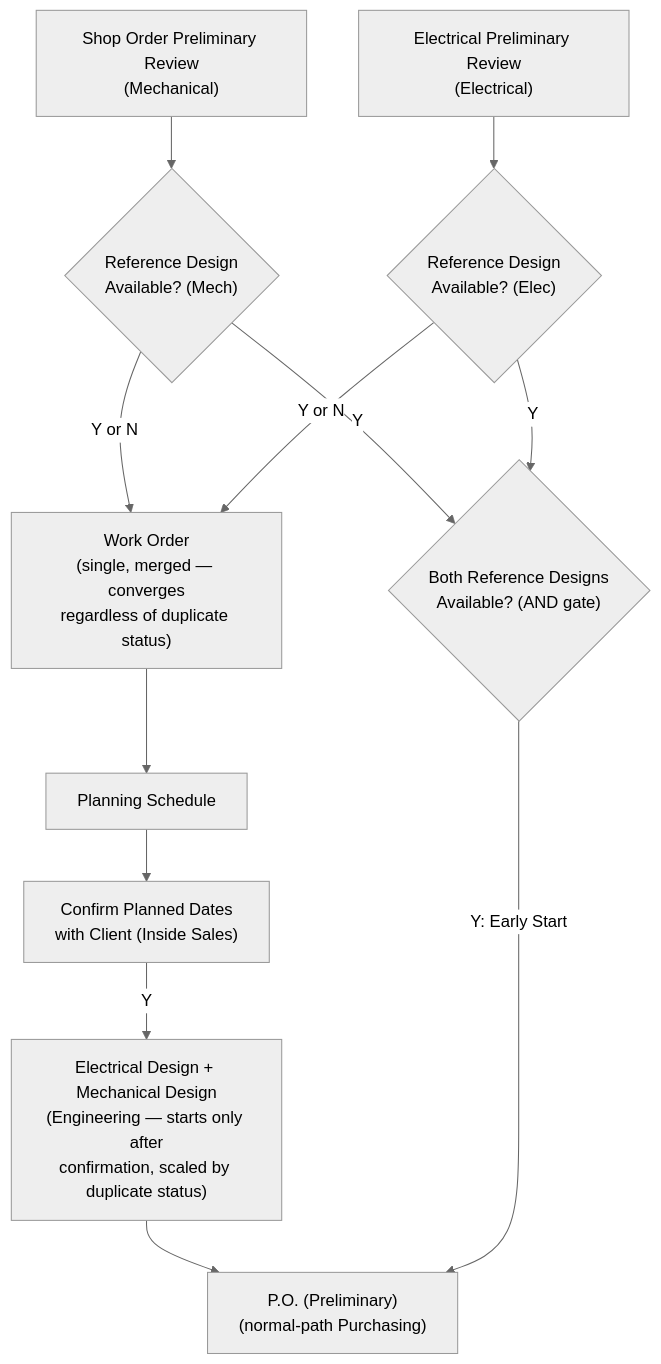
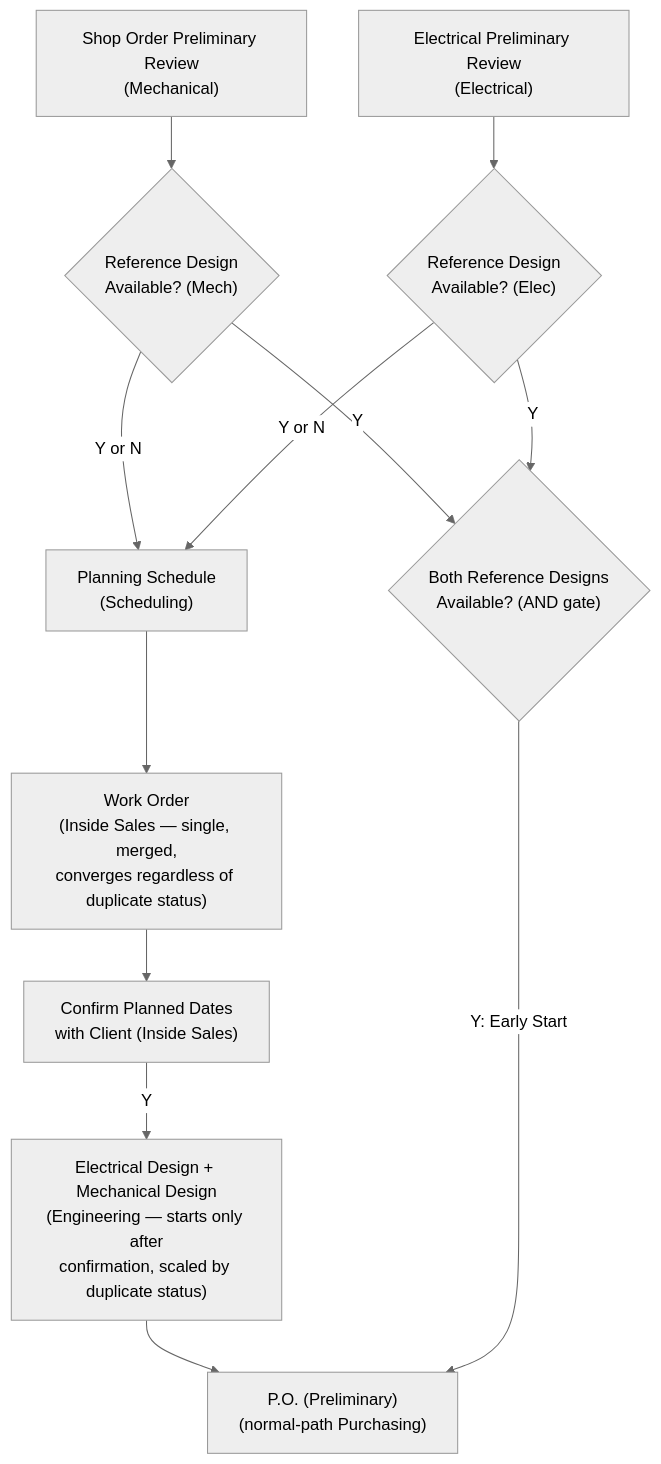
The second of 2 diagrams in docs/infrastructure-overview.md (Biplan-Consulting-Services/pioneer-transformer-workflow-automation), drawn with Mermaid (neutral theme) before and after one commit. The commit also changed other lines of this file and 4 other files, not shown here.

First line of the commit message:
Confirm Planning Schedule/Work Order reorder, sync docs to it

````diff
--- a/docs/infrastructure-overview.md
+++ b/docs/infrastructure-overview.md
@@ -145,17 +156,17 @@
 ```mermaid
 flowchart TB
     SOP["Shop Order Preliminary Review<br/>(Mechanical)"] --> RDAm{"Reference Design<br/>Available? (Mech)"}
     EPR["Electrical Preliminary Review<br/>(Electrical)"] --> RDAe{"Reference Design<br/>Available? (Elec)"}
 
-    RDAm -->|Y or N| WO["Work Order<br/>(single, merged — converges<br/>regardless of duplicate status)"]
-    RDAe -->|Y or N| WO
+    RDAm -->|Y or N| PS["Planning Schedule<br/>(Scheduling)"]
+    RDAe -->|Y or N| PS
 
-    WO --> PS["Planning Schedule"]
-    PS --> CPD["Confirm Planned Dates<br/>with Client (Inside Sales)"]
+    PS --> WO["Work Order<br/>(Inside Sales — single, merged,<br/>converges regardless of duplicate status)"]
+    WO --> CPD["Confirm Planned Dates<br/>with Client (Inside Sales)"]
     CPD -->|Y| ENG["Electrical Design + Mechanical Design<br/>(Engineering — starts only after<br/>confirmation, scaled by duplicate status)"]
     ENG --> PONormal["P.O. (Preliminary)<br/>(normal-path Purchasing)"]
 
     RDAm -->|Y| BOTH{"Both Reference Designs<br/>Available? (AND gate)"}
     RDAe -->|Y| BOTH
     BOTH -->|Y: Early Start| PONormal
 ```
````
